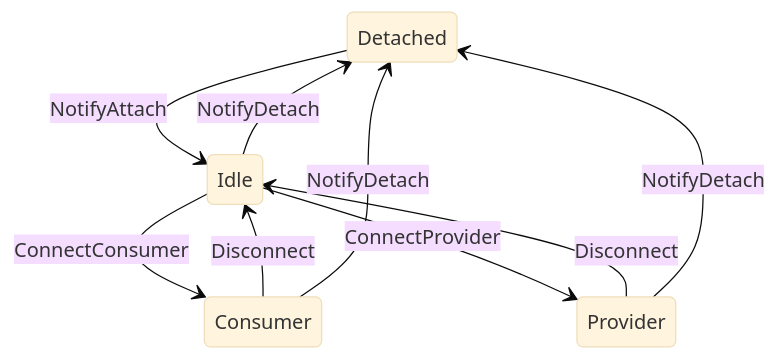
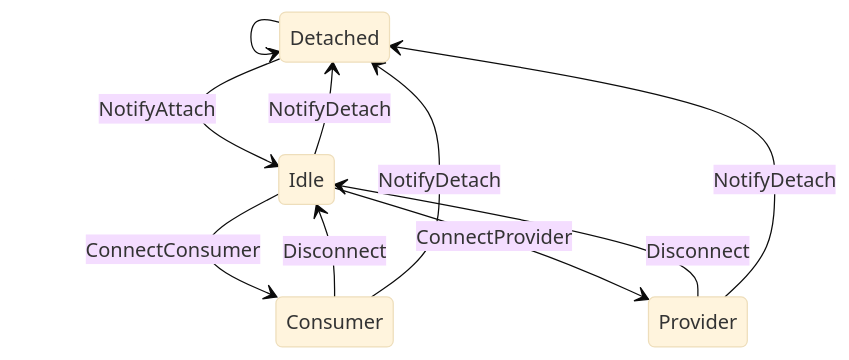
Before and after one commit to zhuyi2024/embedded-services: the diagram in docs/power-policy.md, drawn with Mermaid (base theme).

Commit message:
docs/power-policy: Add `Detached` -> `Detached` transition

````diff
--- a/docs/power-policy.md
+++ b/docs/power-policy.md
@@ -18,11 +18,12 @@
 ```mermaid
 stateDiagram-v2
+    Detached --> Detached
     Detached --> Idle : NotifyAttach
     Idle --> Consumer : ConnectConsumer
     Idle --> Provider : ConnectProvider
     Consumer --> Idle : Disconnect
     Provider --> Idle : Disconnect
     Consumer --> Detached : NotifyDetach
     Provider --> Detached : NotifyDetach
     Idle --> Detached : NotifyDetach
 ```
````
